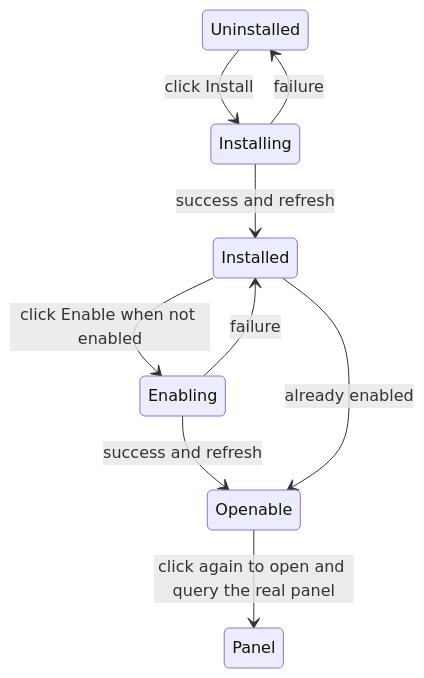
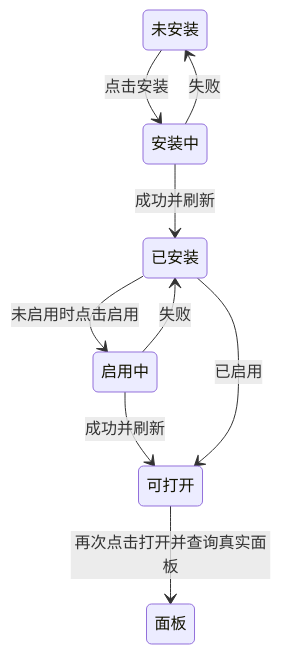
Before and after one commit to osben/ZCode: the fifth of 5 diagrams in docs/plugins/plugin-market-interactions-scope.md, drawn with Mermaid. The commit also changed other lines of this file and 5391 other files, not shown here.

````diff
--- a/docs/plugins/plugin-market-interactions-scope.md
+++ b/docs/plugins/plugin-market-interactions-scope.md
@@ -277,11 +218,11 @@
 ```mermaid
 stateDiagram-v2
-  Uninstalled --> Installing: click Install
-  Installing --> Uninstalled: failure
-  Installing --> Installed: success and refresh
-  Installed --> Enabling: click Enable when not enabled
-  Enabling --> Installed: failure
-  Enabling --> Openable: success and refresh
-  Installed --> Openable: already enabled
-  Openable --> Panel: click again to open and query the real panel
+  未安装 --> 安装中: 点击安装
+  安装中 --> 未安装: 失败
+  安装中 --> 已安装: 成功并刷新
+  已安装 --> 启用中: 未启用时点击启用
+  启用中 --> 已安装: 失败
+  启用中 --> 可打开: 成功并刷新
+  已安装 --> 可打开: 已启用
+  可打开 --> 面板: 再次点击打开并查询真实面板
 ```
````
